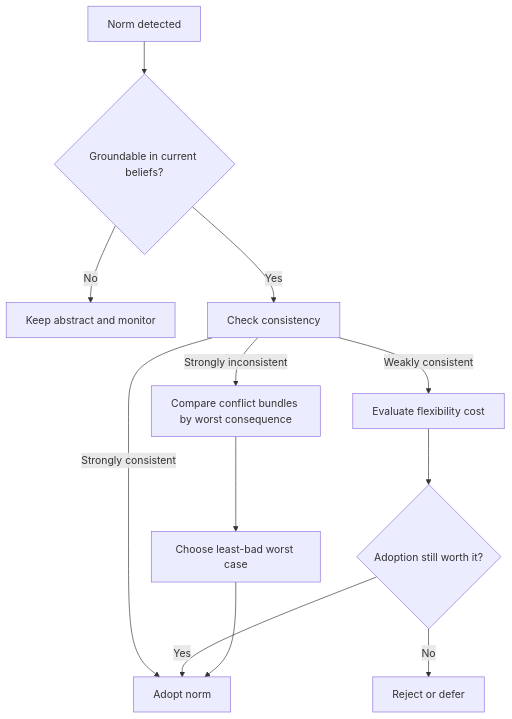
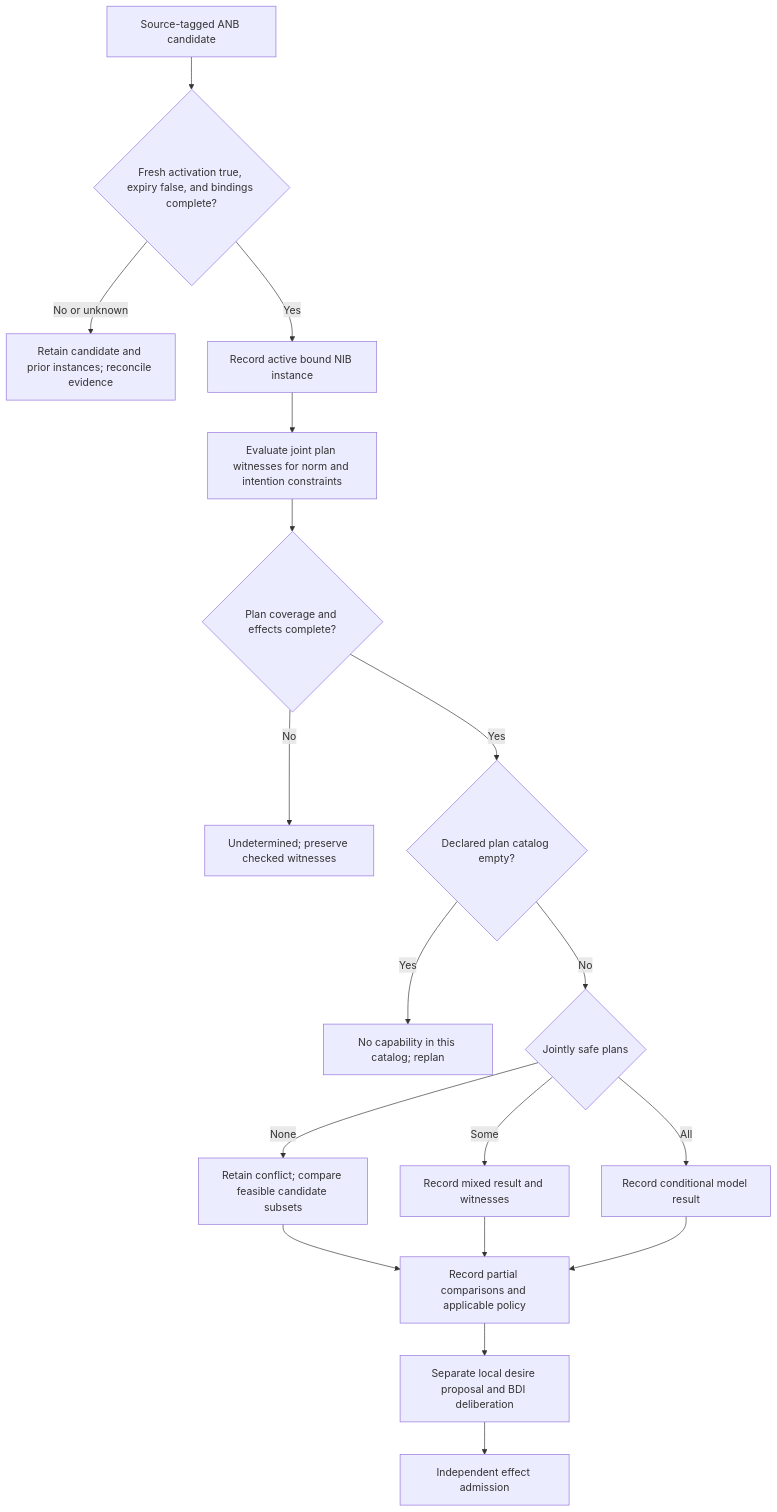
The diagram in skills/bdi-normative-reasoning/sources/normative-bdi-agent-architecture/SKILL.md (curiositech/port-daddy), drawn with Mermaid before and after one commit. The commit also changed other lines of this file and 1782 other files, not shown here.

````diff
--- a/skills/bdi-normative-reasoning/sources/normative-bdi-agent-architecture/SKILL.md
+++ b/skills/bdi-normative-reasoning/sources/normative-bdi-agent-architecture/SKILL.md
@@ -116,14 +119,20 @@
 ```mermaid
 flowchart TD
-  A[Norm detected] --> B{Groundable in current beliefs?}
-  B -->|No| C[Keep abstract and monitor]
-  B -->|Yes| D[Check consistency]
-  D -->|Strongly inconsistent| E[Compare conflict bundles by worst consequence]
-  D -->|Weakly consistent| F[Evaluate flexibility cost]
-  D -->|Strongly consistent| G[Adopt norm]
-  E --> H[Choose least-bad worst case]
-  F --> I{Adoption still worth it?}
-  I -->|Yes| G
-  I -->|No| J[Reject or defer]
-  H --> G
+ A[Source-tagged ANB candidate] --> B{Fresh activation true, expiry false, and bindings complete?}
+ B -->|No or unknown| C[Retain candidate and prior instances; reconcile evidence]
+ B -->|Yes| D[Record active bound NIB instance]
+ D --> E[Evaluate joint plan witnesses for norm and intention constraints]
+ E --> F{Plan coverage and effects complete?}
+ F -->|No| U[Undetermined; preserve checked witnesses]
+ F -->|Yes| G{Declared plan catalog empty?}
+ G -->|Yes| V[No capability in this catalog; replan]
+ G -->|No| H{Jointly safe plans}
+ H -->|None| I[Retain conflict; compare feasible candidate subsets]
+ H -->|Some| J[Record mixed result and witnesses]
+ H -->|All| K[Record conditional model result]
+ I --> L[Record partial comparisons and applicable policy]
+ J --> L
+ K --> L
+ L --> M[Separate local desire proposal and BDI deliberation]
+ M --> N[Independent effect admission]
 ```
````
